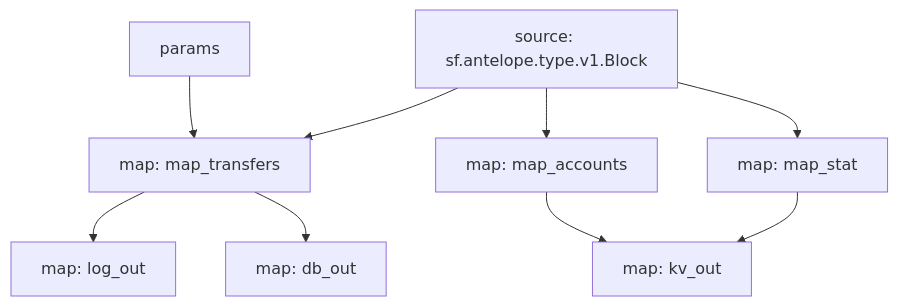
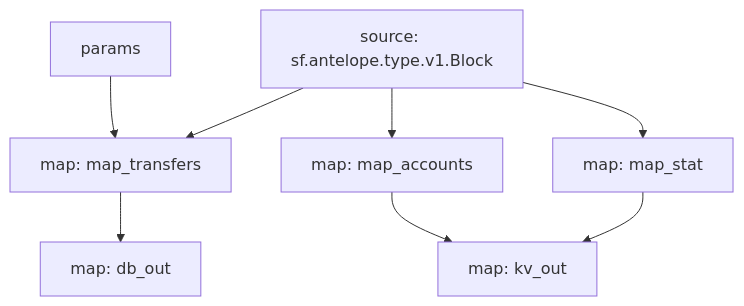
Before and after one commit to pinax-network/substreams: the diagram in eosio.token/README.md, drawn with Mermaid. The commit also changed other lines of this file and 4 other files, not shown here.

````diff
--- a/eosio.token/README.md
+++ b/eosio.token/README.md
@@ -17,17 +17,15 @@
 ```mermaid
 graph TD;
   map_transfers[map: map_transfers];
   map_transfers:params[params] --> map_transfers;
   sf.antelope.type.v1.Block[source: sf.antelope.type.v1.Block] --> map_transfers;
   map_accounts[map: map_accounts];
   sf.antelope.type.v1.Block[source: sf.antelope.type.v1.Block] --> map_accounts;
   map_stat[map: map_stat];
   sf.antelope.type.v1.Block[source: sf.antelope.type.v1.Block] --> map_stat;
-  log_out[map: log_out];
-  map_transfers --> log_out;
   db_out[map: db_out];
   map_transfers --> db_out;
   kv_out[map: kv_out];
   map_accounts --> kv_out;
   map_stat --> kv_out;
 ```
````
